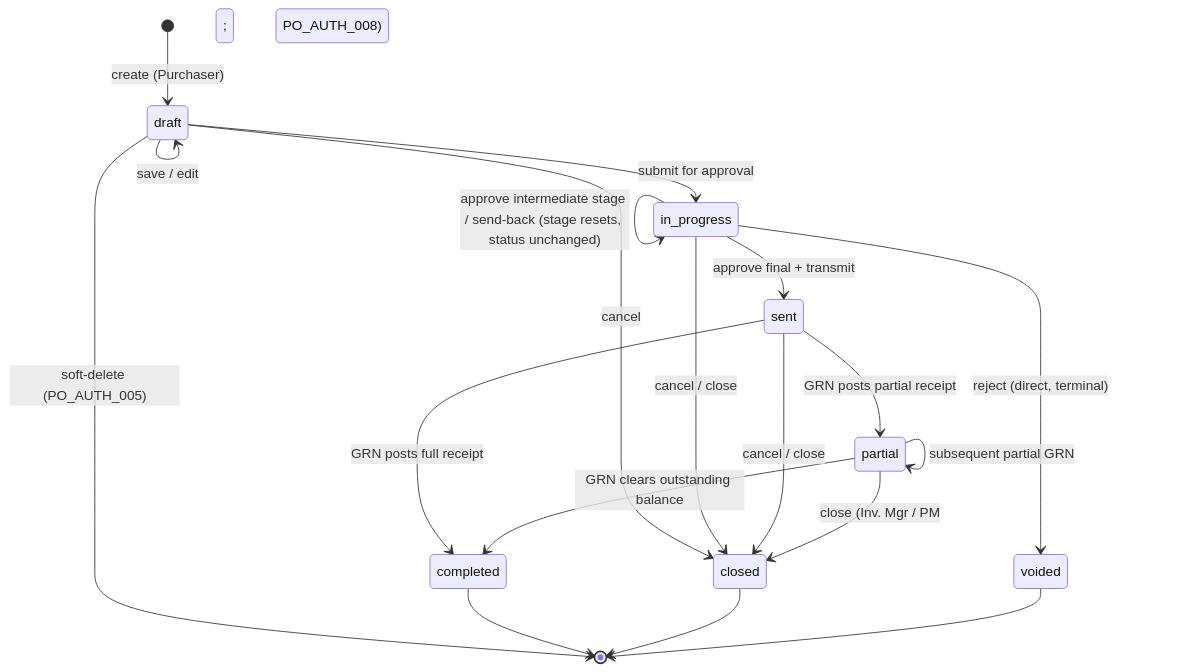
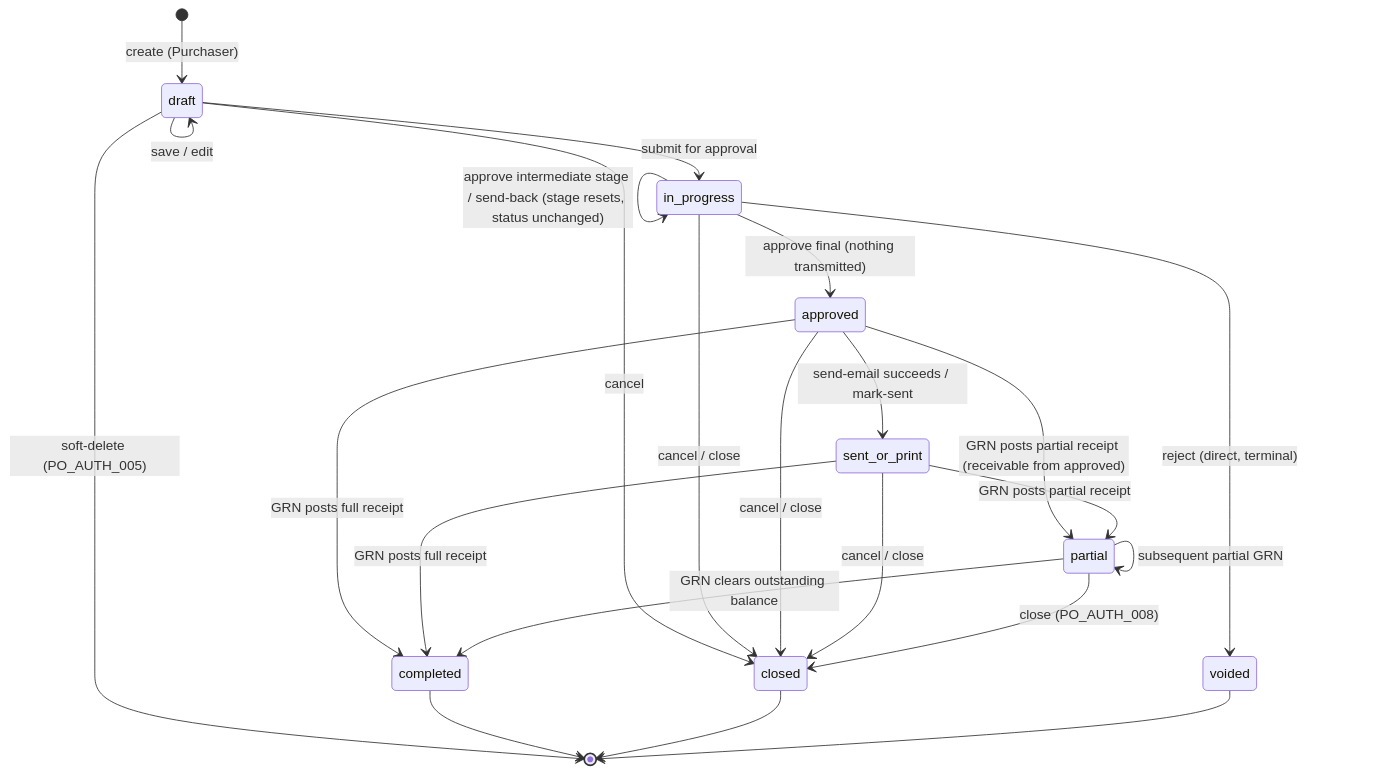
One commit to CarmenSoftware-organization/carmen-wiki changed the diagram in en/inventory/purchase-order/03-user-flow.md. Above: the diagram before and after it, drawn with Mermaid. The commit also changed other lines of this file and 19 other files, not shown here.

First line of the commit message:
docs(inventory): re-sync Purchase Order + Credit Note to HEAD (approved / sent_or_print, one row per location, CN validation)

````diff
--- a/en/inventory/purchase-order/03-user-flow.md
+++ b/en/inventory/purchase-order/03-user-flow.md
@@ -28,21 +28,25 @@
 ```mermaid
 stateDiagram-v2
     [*] --> draft: create (Purchaser)
     draft --> draft: save / edit
     draft --> in_progress: submit for approval
     draft --> [*]: soft-delete (PO_AUTH_005)
     in_progress --> in_progress: approve intermediate stage / send-back (stage resets, status unchanged)
-    in_progress --> sent: approve final + transmit
+    in_progress --> approved: approve final (nothing transmitted)
     in_progress --> voided: reject (direct, terminal)
+    approved --> sent_or_print: send-email succeeds / mark-sent
     draft --> closed: cancel
     in_progress --> closed: cancel / close
-    sent --> closed: cancel / close
-    sent --> partial: GRN posts partial receipt
-    sent --> completed: GRN posts full receipt
+    approved --> closed: cancel / close
+    sent_or_print --> closed: cancel / close
+    approved --> partial: GRN posts partial receipt (receivable from approved)
+    approved --> completed: GRN posts full receipt
+    sent_or_print --> partial: GRN posts partial receipt
+    sent_or_print --> completed: GRN posts full receipt
     partial --> partial: subsequent partial GRN
     partial --> completed: GRN clears outstanding balance
-    partial --> closed: close (Inv. Mgr / PM; PO_AUTH_008)
+    partial --> closed: close (PO_AUTH_008)
     completed --> [*]
     closed --> [*]
     voided --> [*]
 ```
````
